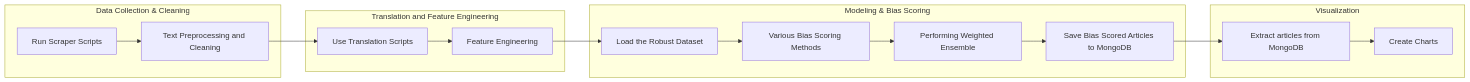
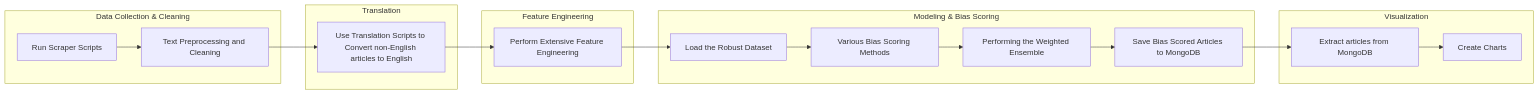
One commit to bharathkaranth/news-bias-analyzer changed the second of 8 diagrams in README.md. Above: the diagram before and after it, drawn with Mermaid.

````diff
--- a/README.md
+++ b/README.md
@@ -80,28 +80,32 @@
 ```mermaid
 flowchart LR
     subgraph S[Data Collection & Cleaning]
         S1[Run Scraper Scripts]
         --> S2[Text Preprocessing and Cleaning]
     end
 
-    subgraph T[Translation and Feature Engineering]
-        T1[Use Translation Scripts]
-        --> T2[Feature Engineering]
+    subgraph T[Translation]
+        T1[Use Translation Scripts to Convert non-English articles to English]
+    end
+
+    subgraph F[Feature Engineering]
+        F1[Perform Extensive Feature Engineering]
     end
  
     subgraph M[Modeling & Bias Scoring]
         M1[Load the Robust Dataset]
         --> M2[Various Bias Scoring Methods]
-        --> M3[Performing Weighted Ensemble]
+        --> M3[Performing the Weighted Ensemble]
         --> M4[Save Bias Scored Articles to MongoDB]
     end
  
     subgraph V[Visualization]
         V1[Extract articles from MongoDB]
         --> V2[Create Charts]
     end
  
     S2 --> T1
-    T2 --> M1
+    T1 --> F1
+    F1 --> M1
     M4 --> V1
 ```
````
